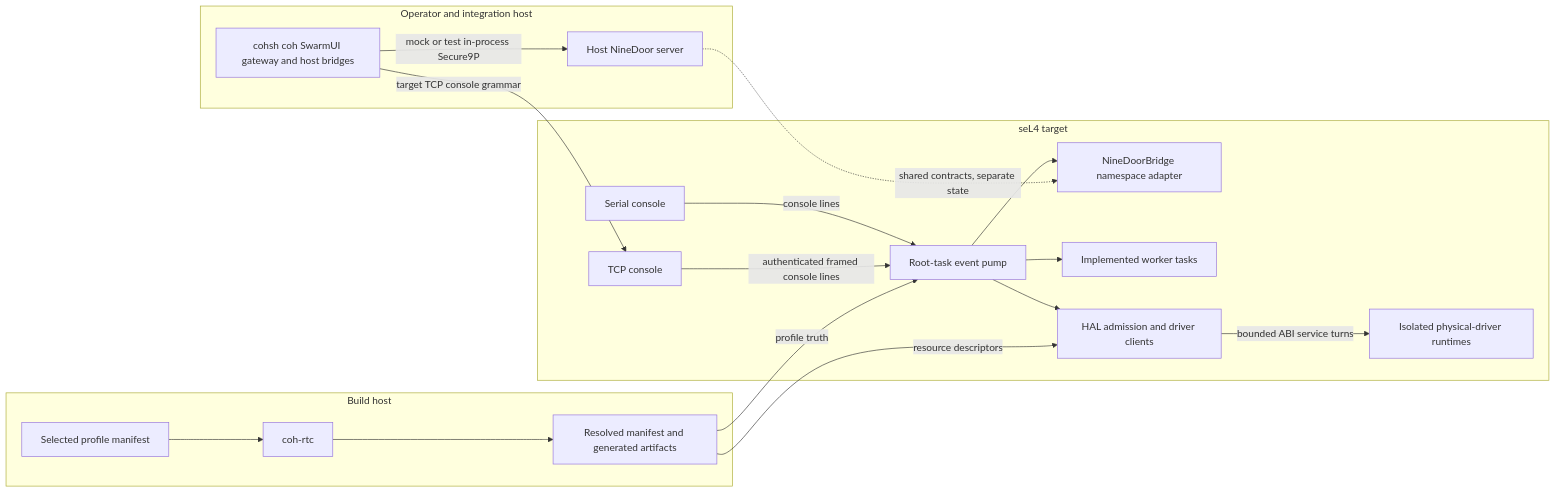
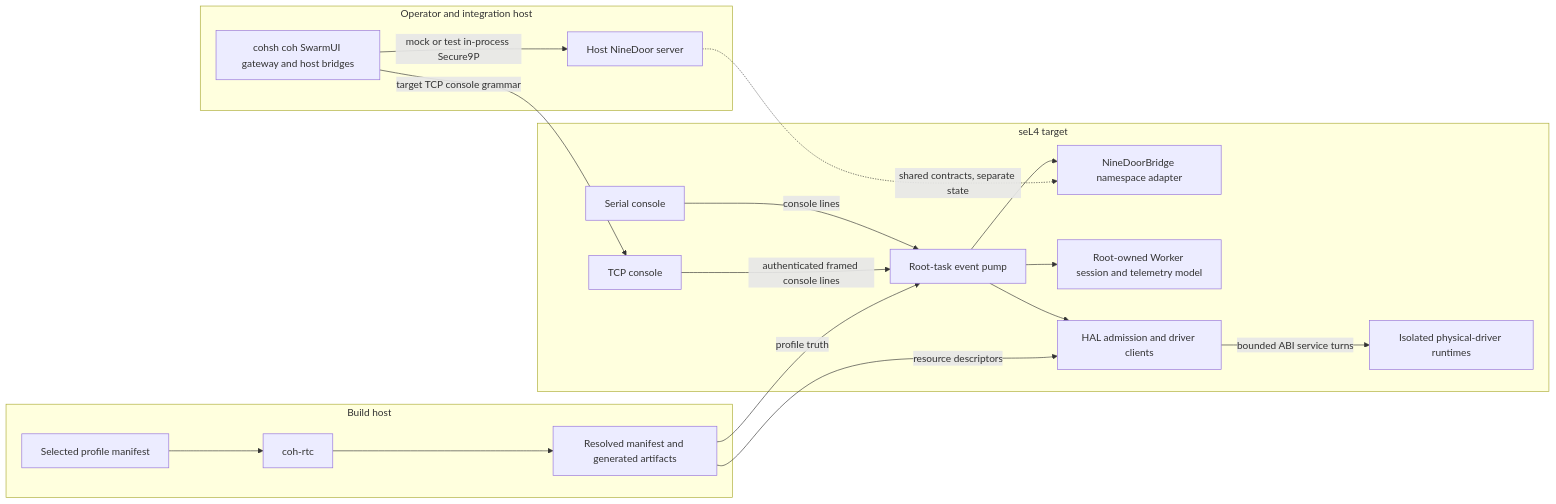
Before and after one commit to lukeb-aidev/cohesix: the diagram in docs/ARCHITECTURE.md, drawn with Mermaid. The commit also changed other lines of this file and 108 other files, not shown here.

````diff
--- a/docs/ARCHITECTURE.md
+++ b/docs/ARCHITECTURE.md
@@ -79,37 +80,37 @@
 ```mermaid
 flowchart LR
   subgraph BuildHost[Build host]
     Manifest[Selected profile manifest]
     Compiler[coh-rtc]
     Generated[Resolved manifest and generated artifacts]
     Manifest --> Compiler --> Generated
   end
 
   subgraph OperatorHost[Operator and integration host]
     HostClients[cohsh coh SwarmUI gateway and host bridges]
     HostNineDoor[Host NineDoor server]
     HostClients -->|mock or test in-process Secure9P| HostNineDoor
   end
 
   subgraph Target[seL4 target]
     Serial[Serial console]
     Tcp[TCP console]
     EventPump[Root-task event pump]
     Bridge[NineDoorBridge namespace adapter]
-    Workers[Implemented worker tasks]
+    WorkerModel[Root-owned Worker session and telemetry model]
     Hal[HAL admission and driver clients]
     Drivers[Isolated physical-driver runtimes]
 
     Serial -->|console lines| EventPump
     Tcp -->|authenticated framed console lines| EventPump
     EventPump --> Bridge
-    EventPump --> Workers
+    EventPump --> WorkerModel
     EventPump --> Hal
     Hal -->|bounded ABI service turns| Drivers
   end
 
   Generated -->|profile truth| EventPump
   Generated -->|resource descriptors| Hal
   HostClients -->|target TCP console grammar| Tcp
   HostNineDoor -.->|shared contracts, separate state| Bridge
 ```
````
